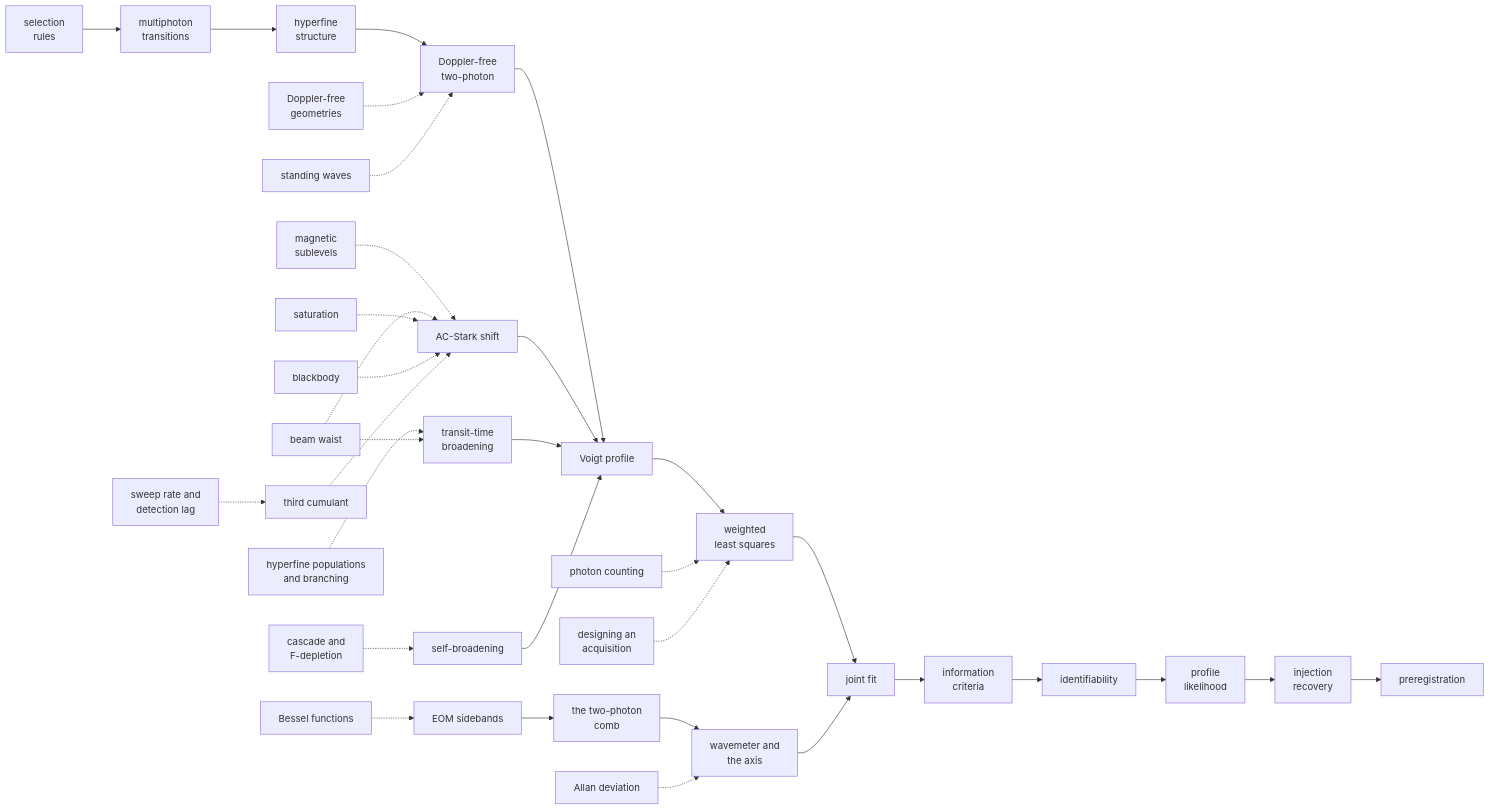
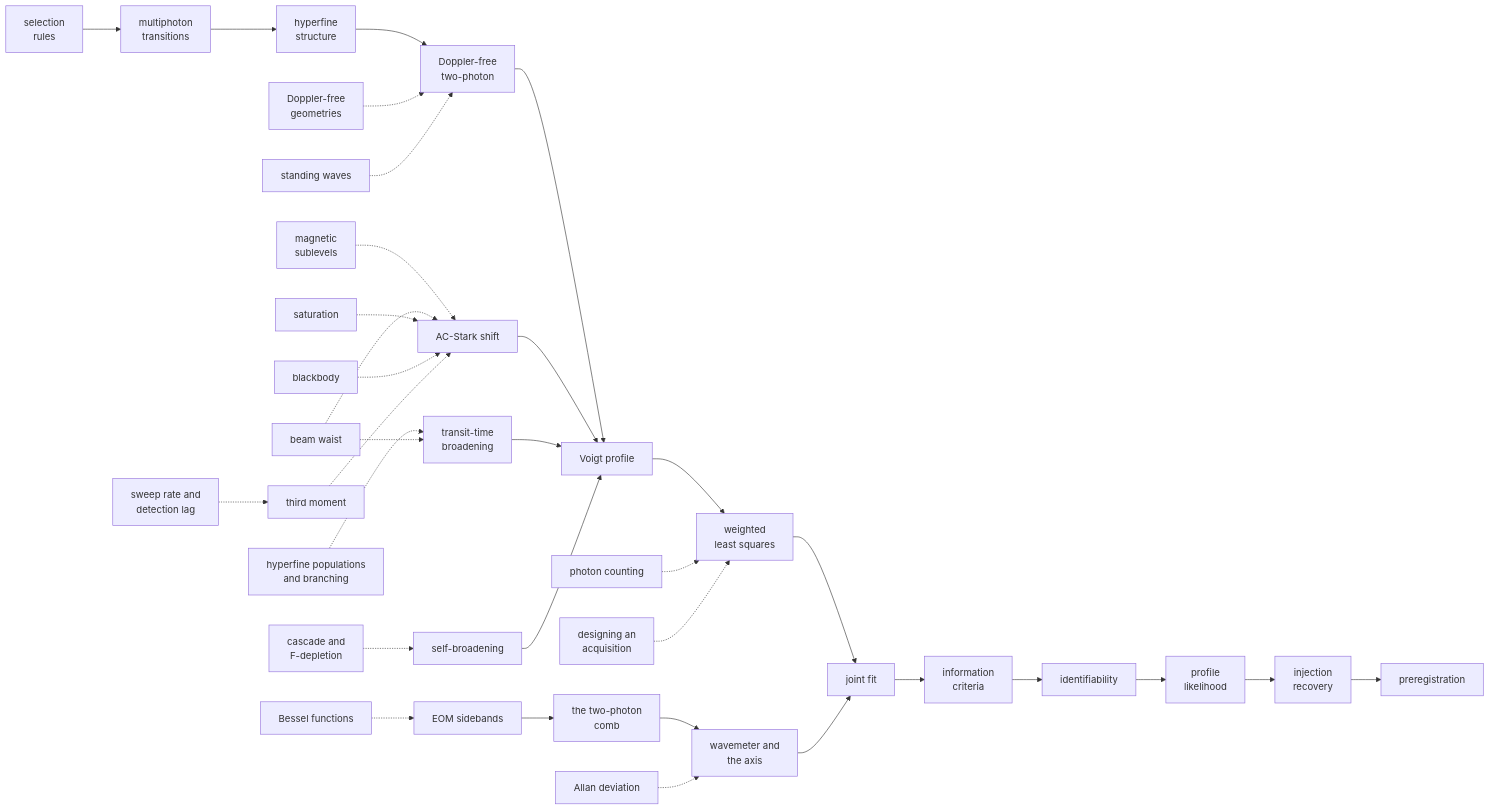
Before and after one commit to MichelangeloDondi/Rb-5S-6S-analysis: the diagram in docs/wiki/README.md, drawn with Mermaid. The commit also changed other lines of this file and 648 other files, not shown here.

````diff
--- a/docs/wiki/README.md
+++ b/docs/wiki/README.md
@@ -193,35 +193,35 @@
 ```mermaid
 flowchart LR
     SR["selection<br/>rules"] --> MP["multiphoton<br/>transitions"]
     MP --> HF["hyperfine<br/>structure"]
     HF --> D["Doppler-free<br/>two-photon"]
     DG["Doppler-free<br/>geometries"] -.-> D
     MS["magnetic<br/>sublevels"] -.-> S
     HP["hyperfine populations<br/>and branching"] -.-> T
     CF["cascade and<br/>F-depletion"] -.-> C
     D --> V["Voigt profile"]
     S["AC-Stark shift"] --> V
     T["transit-time<br/>broadening"] --> V
     C["self-broadening"] --> V
     V --> W["weighted<br/>least squares"]
     W --> J["joint fit"]
     J --> I["information<br/>criteria"]
     I --> ID["identifiability"]
     ID --> PL["profile<br/>likelihood"]
     PL --> IR["injection<br/>recovery"]
     IR --> PR["preregistration"]
     E["EOM sidebands"] --> TPC["the two-photon<br/>comb"]
     TPC --> WM["wavemeter and<br/>the axis"]
     SRL["sweep rate and<br/>detection lag"] -.-> K
     PC["photon counting"] -.-> W
     ACQ["designing an<br/>acquisition"] -.-> W
     WM --> J
     SW["standing waves"] -.-> D
     BW["beam waist"] -.-> S
     BW -.-> T
     SAT["saturation"] -.-> S
     B["blackbody"] -.-> S
-    K["third cumulant"] -.-> S
+    K["third moment"] -.-> S
     A["Allan deviation"] -.-> WM
     BF["Bessel functions"] -.-> E
 ```
````
